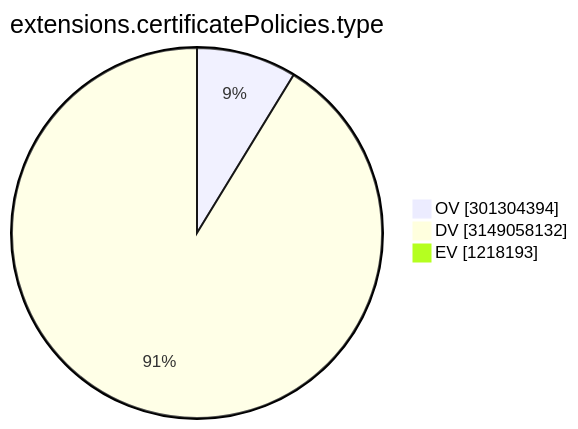
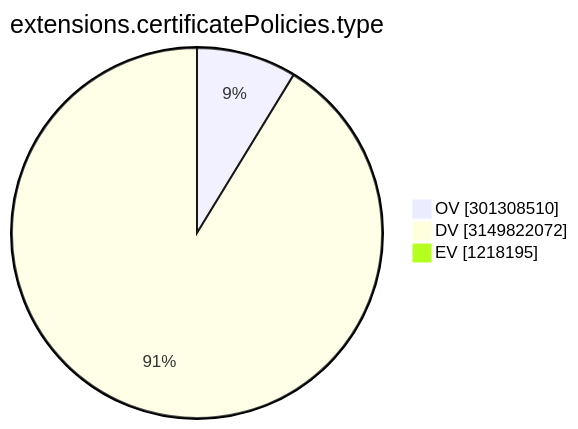
One commit to christiankrug/ctmonitor_visualization changed the ninth of 15 diagrams in TOTAL/README.md. Above: the diagram before and after it, drawn with Mermaid. The commit also changed other lines of this file, not shown here.

````diff
--- a/TOTAL/README.md
+++ b/TOTAL/README.md
@@ -3105,7 +3105,7 @@
 ```mermaid
 pie showData
 title extensions.certificatePolicies.type
-"OV" :301304394
-"DV" :3149058132
-"EV" :1218193
+"OV" :301308510
+"DV" :3149822072
+"EV" :1218195
 ```
````
